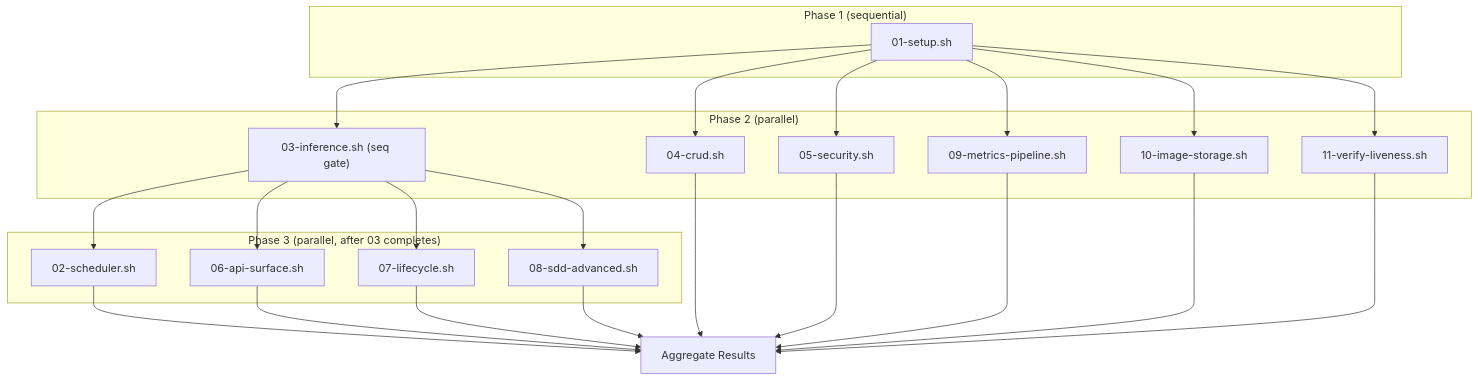
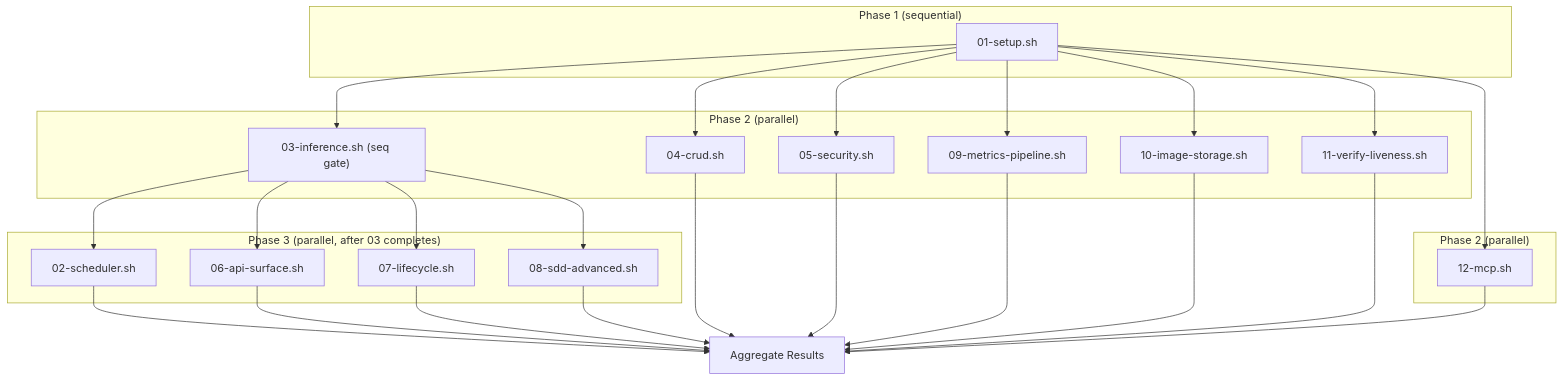
Before and after one commit to beegy-labs/veronex: the first of 10 diagrams in scripts/e2e/README.md, drawn with Mermaid. The commit also changed other lines of this file and 502 other files, not shown here.

````diff
--- a/scripts/e2e/README.md
+++ b/scripts/e2e/README.md
@@ -23,26 +41,30 @@
 ```mermaid
 flowchart TD
     subgraph "Phase 1 (sequential)"
         S01["01-setup.sh"]
     end
 
     subgraph "Phase 2 (parallel)"
         S03["03-inference.sh (seq gate)"]
         P04["04-crud.sh"]
         P05["05-security.sh"]
         P09["09-metrics-pipeline.sh"]
         P10["10-image-storage.sh"]
         P11["11-verify-liveness.sh"]
     end
 
     subgraph "Phase 3 (parallel, after 03 completes)"
         P02["02-scheduler.sh"]
         P06["06-api-surface.sh"]
         P07["07-lifecycle.sh"]
         P08["08-sdd-advanced.sh"]
     end
 
-    S01 --> S03 & P04 & P05 & P09 & P10 & P11
+    subgraph "Phase 2 (parallel)"
+        P12["12-mcp.sh"]
+    end
+
+    S01 --> S03 & P04 & P05 & P09 & P10 & P11 & P12
     S03 --> P02 & P06 & P07 & P08
-    P02 & P04 & P05 & P06 & P07 & P08 & P09 & P10 & P11 --> Result["Aggregate Results"]
+    P02 & P04 & P05 & P06 & P07 & P08 & P09 & P10 & P11 & P12 --> Result["Aggregate Results"]
 ```
````
